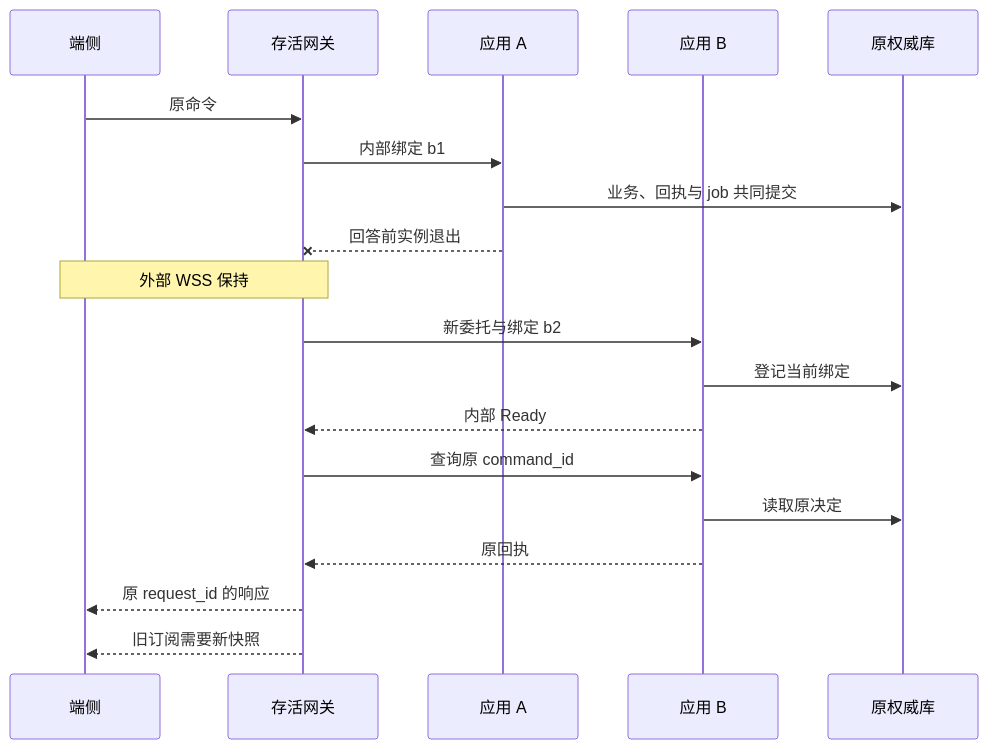
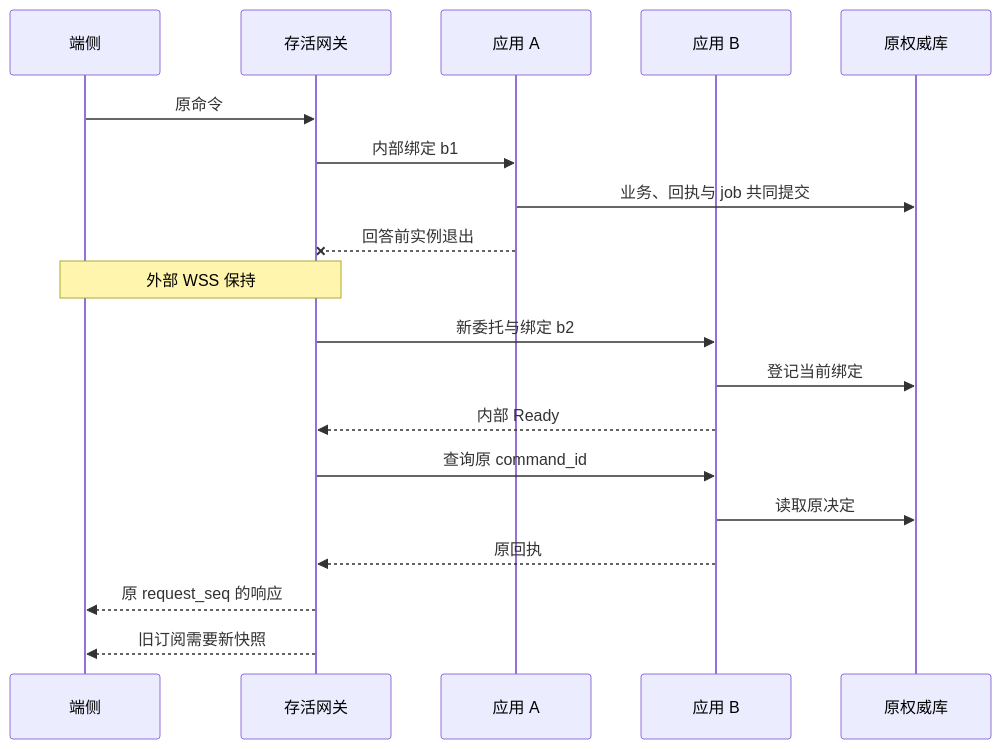
Before and after one commit to ruipengliu/lerna: the second of 5 diagrams in docs/architecture/deployment-production.md, drawn with Mermaid. The commit also changed other lines of this file and 73 other files, not shown here.

Commit message:
docs: refine architecture deck and protocol models

````diff
--- a/docs/architecture/deployment-production.md
+++ b/docs/architecture/deployment-production.md
@@ -69,21 +69,21 @@
 ```mermaid
 sequenceDiagram
     participant E as 端侧
     participant G as 存活网关
     participant A as 应用 A
     participant B as 应用 B
     participant D as 原权威库
     E->>G: 原命令
     G->>A: 内部绑定 b1
     A->>D: 业务、回执与 job 共同提交
     A--xG: 回答前实例退出
     Note over E,G: 外部 WSS 保持
     G->>B: 新委托与绑定 b2
     B->>D: 登记当前绑定
     B-->>G: 内部 Ready
     G->>B: 查询原 command_id
     B->>D: 读取原决定
     B-->>G: 原回执
-    G-->>E: 原 request_id 的响应
+    G-->>E: 原 request_seq 的响应
     G-->>E: 旧订阅需要新快照
 ```
````
